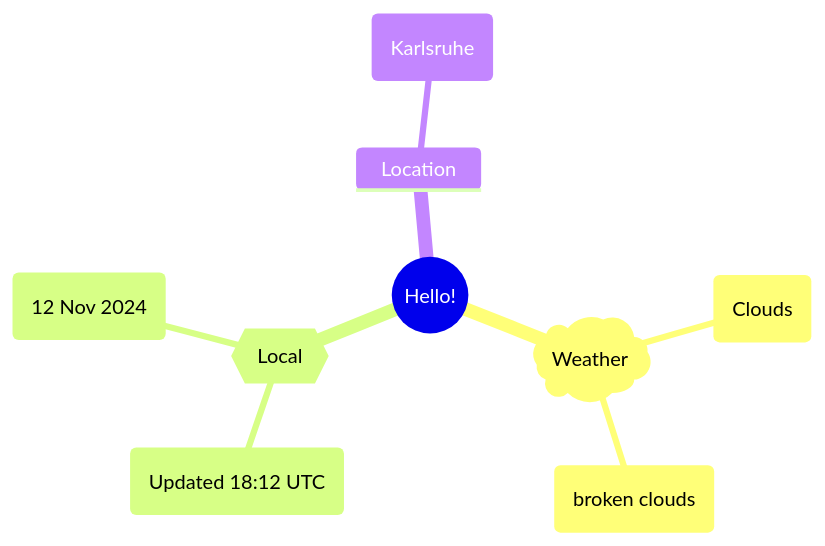
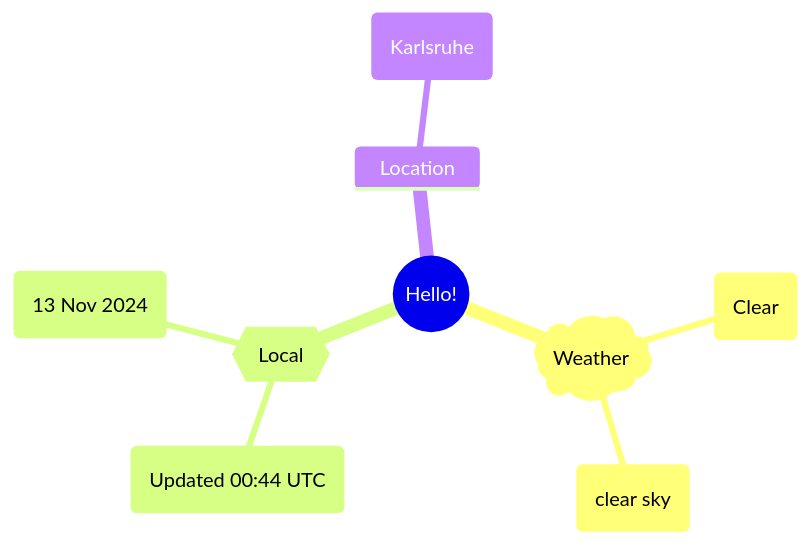
The first of 2 diagrams in README.md (Xosrov/Xosrov), drawn with Mermaid before and after one commit.

Commit message:
[bot] updated images

````diff
--- a/README.md
+++ b/README.md
@@ -3,12 +3,12 @@
 ```mermaid
 mindmap
   root((Hello!))
     )Weather(
-        (Clouds)
-        (broken clouds)
+        (Clear)
+        (clear sky)
     {{Local}}
-        (Updated 18:12 UTC)
-        (12 Nov 2024)
+        (Updated 00:44 UTC)
+        (13 Nov 2024)
     Location
         (Karlsruhe)
 ```
````
